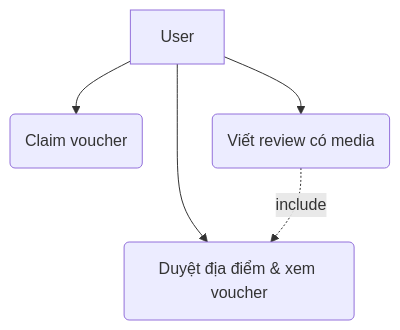
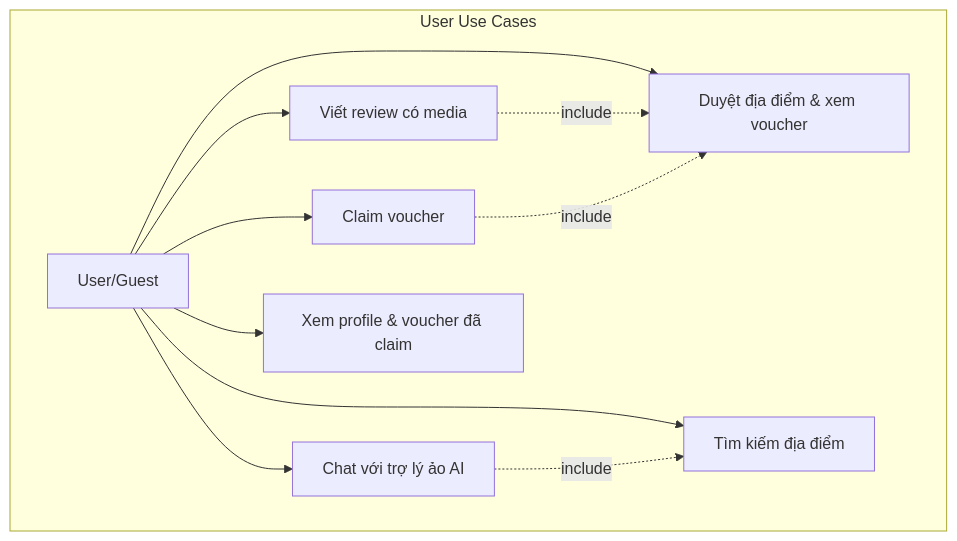
One commit to tamnguyen0K/voucher-management-system changed the first of 19 diagrams in docs/system-architecture.md. Above: the diagram before and after it, drawn with Mermaid. The commit also changed other lines of this file and 13 other files, not shown here.

````diff
--- a/docs/system-architecture.md
+++ b/docs/system-architecture.md
@@ -28,11 +28,22 @@
 ```mermaid
 flowchart TB
-    U[User]
-    UC1(Duyệt địa điểm & xem voucher)
-    UC2(Claim voucher)
-    UC3(Viết review có media)
-    U --> UC1
-    U --> UC2
-    U --> UC3
-    UC3 -. include .-> UC1
+    subgraph "User Use Cases"
+        U[User/Guest]
+        UC1[Duyệt địa điểm & xem voucher]
+        UC2[Claim voucher]
+        UC3[Viết review có media]
+        UC4[Chat với trợ lý ảo AI]
+        UC5[Tìm kiếm địa điểm]
+        UC6[Xem profile & voucher đã claim]
+        
+        U --> UC1
+        U --> UC2
+        U --> UC3
+        U --> UC4
+        U --> UC5
+        U --> UC6
+        UC3 -. include .-> UC1
+        UC4 -. include .-> UC5
+        UC2 -. include .-> UC1
+    end
 ```
````
